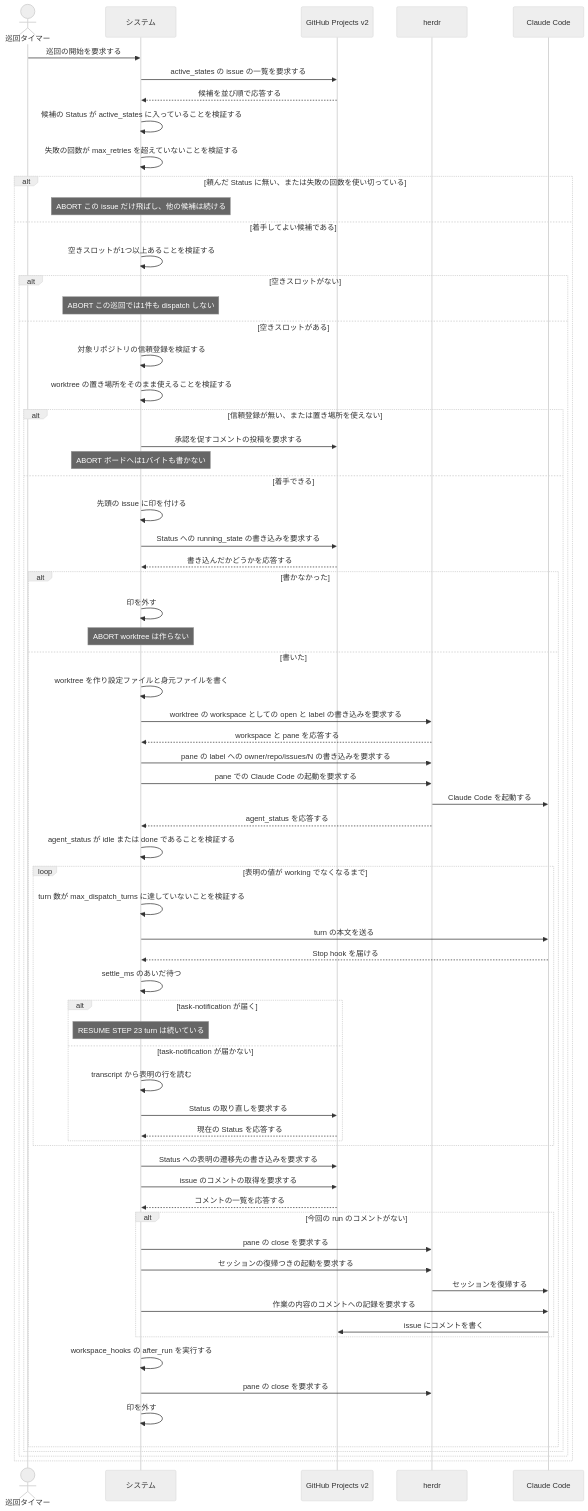
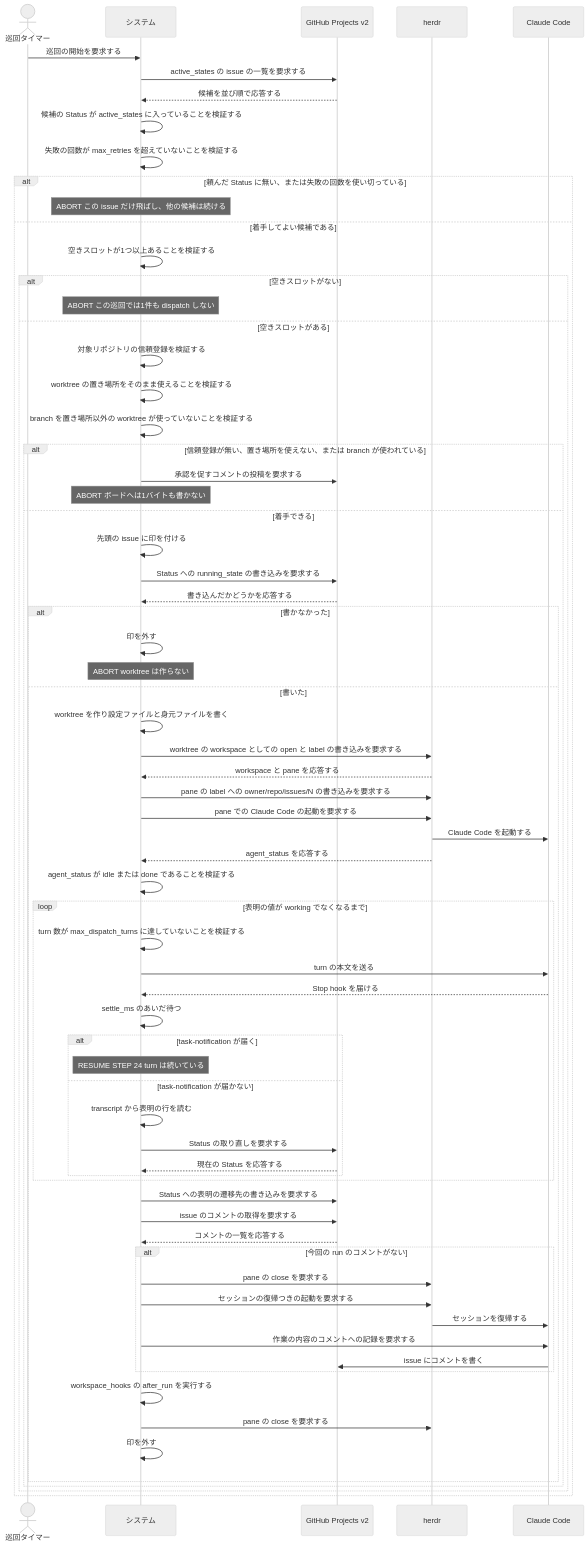
The second of 2 diagrams in docs/spec/usecases/particular_case/issue を1件処理する.rucm.md (maimuzo/continuo), drawn with Mermaid (neutral theme) before and after one commit. The commit also changed other lines of this file and 17 other files, not shown here.

First line of the commit message:
branch を別の worktree が使っている経路を段0 で拾う 着手が確定して失敗するのに Status だけ動いていた

````diff
--- a/docs/spec/usecases/particular_case/issue を1件処理する.rucm.md
+++ b/docs/spec/usecases/particular_case/issue を1件処理する.rucm.md
@@ -407,72 +429,73 @@
 ```mermaid
 sequenceDiagram
     actor T as 巡回タイマー
     participant S as システム
     participant GH as GitHub Projects v2
     participant H as herdr
     participant CC as Claude Code
 
     T->>S: 巡回の開始を要求する
     S->>GH: active_states の issue の一覧を要求する
     GH-->>S: 候補を並び順で応答する
     S->>S: 候補の Status が active_states に入っていることを検証する
     S->>S: 失敗の回数が max_retries を超えていないことを検証する
     alt 頼んだ Status に無い、または失敗の回数を使い切っている
         Note over S: ABORT この issue だけ飛ばし、他の候補は続ける
     else 着手してよい候補である
         S->>S: 空きスロットが1つ以上あることを検証する
         alt 空きスロットがない
             Note over S: ABORT この巡回では1件も dispatch しない
         else 空きスロットがある
             S->>S: 対象リポジトリの信頼登録を検証する
             S->>S: worktree の置き場所をそのまま使えることを検証する
-            alt 信頼登録が無い、または置き場所を使えない
+            S->>S: branch を置き場所以外の worktree が使っていないことを検証する
+            alt 信頼登録が無い、置き場所を使えない、または branch が使われている
                 S->>GH: 承認を促すコメントの投稿を要求する
                 Note over S: ABORT ボードへは1バイトも書かない
             else 着手できる
                 S->>S: 先頭の issue に印を付ける
                 S->>GH: Status への running_state の書き込みを要求する
                 GH-->>S: 書き込んだかどうかを応答する
                 alt 書かなかった
                     S->>S: 印を外す
                     Note over S: ABORT worktree は作らない
                 else 書いた
                     S->>S: worktree を作り設定ファイルと身元ファイルを書く
                     S->>H: worktree の workspace としての open と label の書き込みを要求する
                     H-->>S: workspace と pane を応答する
                     S->>H: pane の label への owner/repo/issues/N の書き込みを要求する
                     S->>H: pane での Claude Code の起動を要求する
                     H->>CC: Claude Code を起動する
                     H-->>S: agent_status を応答する
                     S->>S: agent_status が idle または done であることを検証する
                     loop 表明の値が working でなくなるまで
                         S->>S: turn 数が max_dispatch_turns に達していないことを検証する
                         S->>CC: turn の本文を送る
                         CC-->>S: Stop hook を届ける
                         S->>S: settle_ms のあいだ待つ
                         alt task-notification が届く
-                            Note over S: RESUME STEP 23 turn は続いている
+                            Note over S: RESUME STEP 24 turn は続いている
                         else task-notification が届かない
                             S->>S: transcript から表明の行を読む
                             S->>GH: Status の取り直しを要求する
                             GH-->>S: 現在の Status を応答する
                         end
                     end
                     S->>GH: Status への表明の遷移先の書き込みを要求する
                     S->>GH: issue のコメントの取得を要求する
                     GH-->>S: コメントの一覧を応答する
                     alt 今回の run のコメントがない
                         S->>H: pane の close を要求する
                         S->>H: セッションの復帰つきの起動を要求する
                         H->>CC: セッションを復帰する
                         S->>CC: 作業の内容のコメントへの記録を要求する
                         CC->>GH: issue にコメントを書く
                     end
                     S->>S: workspace_hooks の after_run を実行する
                     S->>H: pane の close を要求する
                     S->>S: 印を外す
                 end
             end
         end
     end
 ```
````
